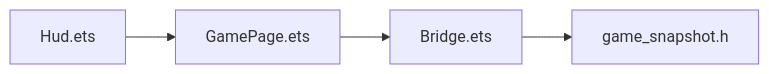
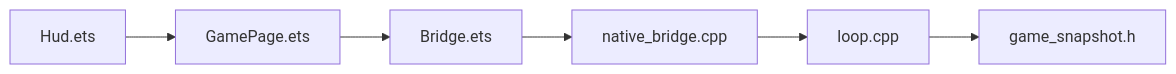
Before and after one commit to sj123sheng/my-world: the sixth of 6 diagrams in .qoder/repowiki/zh/content/前端界面系统/UI 组件系统/Hud 组件.md, drawn with Mermaid. The commit also changed other lines of this file and 160 other files, not shown here.

````diff
--- a/.qoder/repowiki/zh/content/前端界面系统/UI 组件系统/Hud 组件.md
+++ b/.qoder/repowiki/zh/content/前端界面系统/UI 组件系统/Hud 组件.md
@@ -331,6 +389,8 @@
 ```mermaid
 graph LR
 HUD["Hud.ets"] --> GP["GamePage.ets"]
 GP --> BR["Bridge.ets"]
-BR --> GS["game_snapshot.h"]
+BR --> NB["native_bridge.cpp"]
+NB --> LOOP["loop.cpp"]
+LOOP --> GS["game_snapshot.h"]
 ```
````
